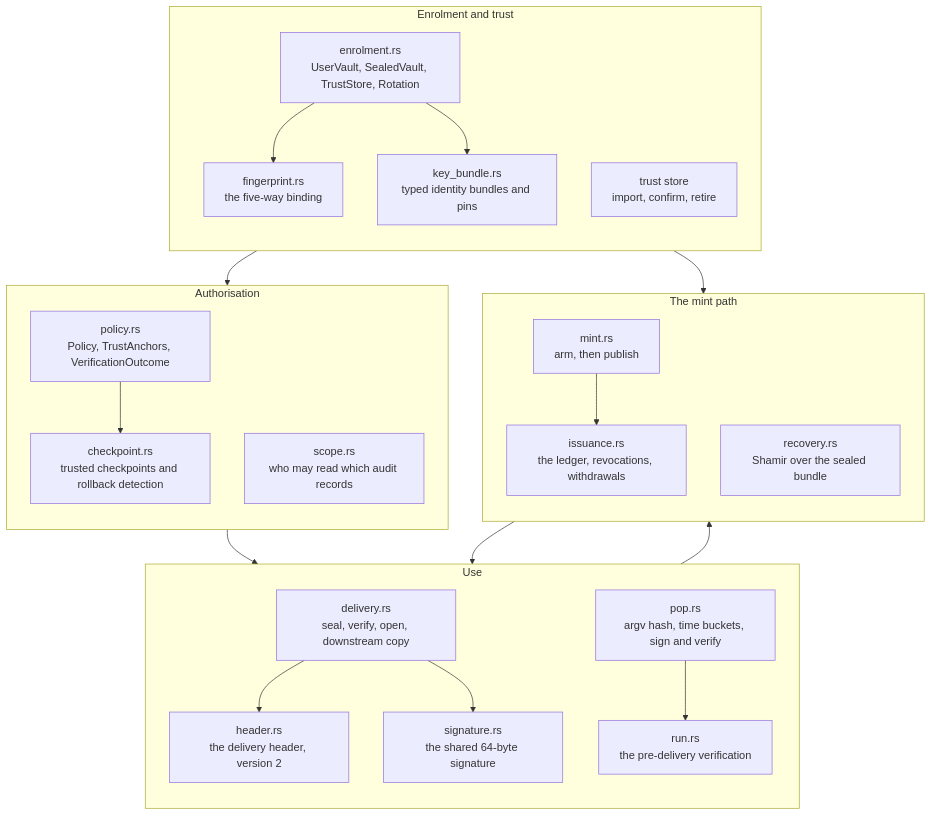
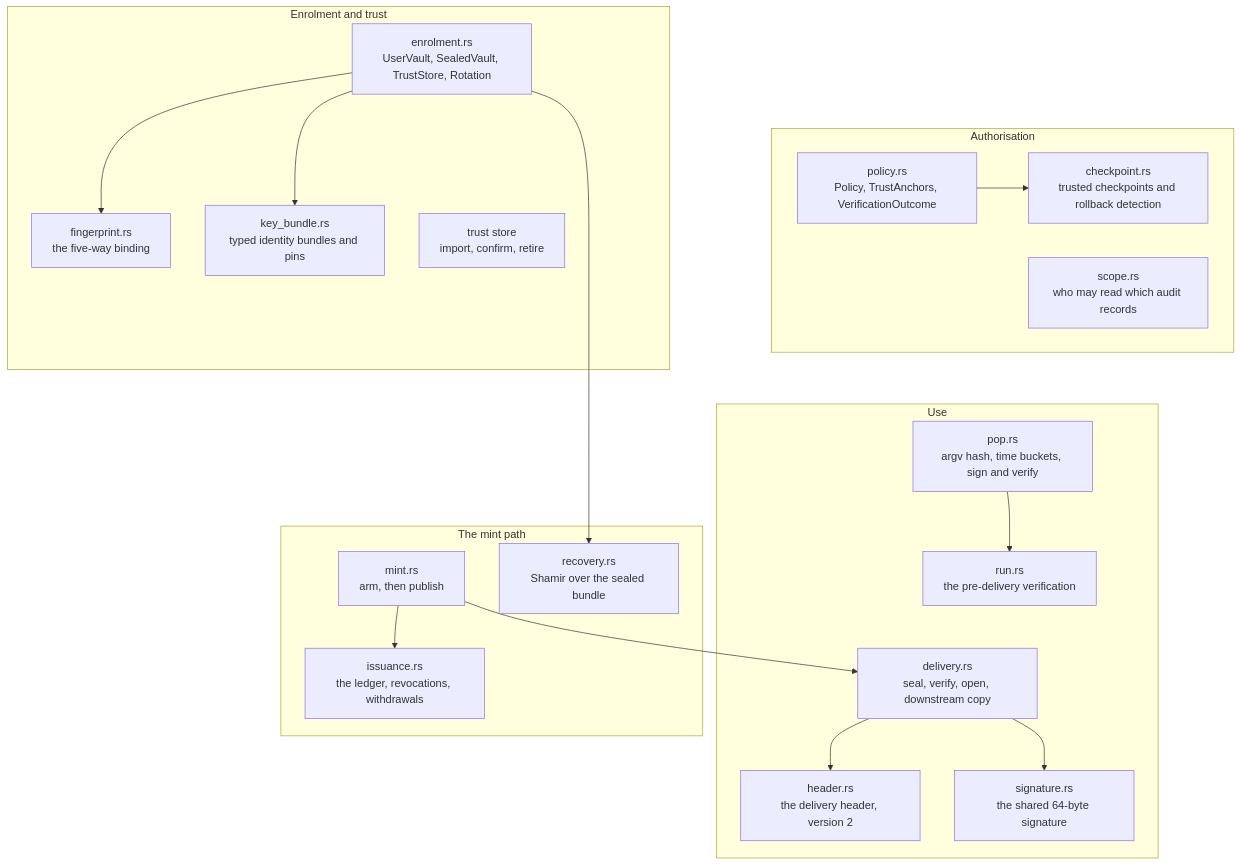
Before and after one commit to bruj0/keyspout: the first of 10 diagrams in site/docs/components/ksp-identity.md, drawn with Mermaid. The commit also changed other lines of this file and 20 other files, not shown here.

First line of the commit message:
feat(site): pan and zoom the diagrams, and stack them by measurement

````diff
--- a/site/docs/components/ksp-identity.md
+++ b/site/docs/components/ksp-identity.md
@@ -33,46 +33,42 @@
 ```mermaid
 graph TB
   subgraph Enrol["Enrolment and trust"]
-      direction TB
     ENROL["enrolment.rs<br/>UserVault, SealedVault, TrustStore, Rotation"]
     FP["fingerprint.rs<br/>the five-way binding"]
     KB["key_bundle.rs<br/>typed identity bundles and pins"]
     TRUST["trust store<br/>import, confirm, retire"]
   end
 
   subgraph Auth["Authorisation"]
-      direction TB
     POLICY["policy.rs<br/>Policy, TrustAnchors, VerificationOutcome"]
     CKPT["checkpoint.rs<br/>trusted checkpoints and rollback detection"]
     SCOPE["scope.rs<br/>who may read which audit records"]
   end
 
   subgraph Use["Use"]
-      direction TB
     POP["pop.rs<br/>argv hash, time buckets, sign and verify"]
     DELIV["delivery.rs<br/>seal, verify, open, downstream copy"]
     HDR["header.rs<br/>the delivery header, version 2"]
     SIG["signature.rs<br/>the shared 64-byte signature"]
     RUN["run.rs<br/>the pre-delivery verification"]
   end
 
   subgraph Mint["The mint path"]
-      direction TB
     MINT["mint.rs<br/>arm, then publish"]
     ISSU["issuance.rs<br/>the ledger, revocations, withdrawals"]
     REC["recovery.rs<br/>Shamir over the sealed bundle"]
   end
 
   ENROL --> FP
   ENROL --> KB
   ENROL --> REC
   POLICY --> CKPT
   MINT --> ISSU
   MINT --> DELIV
   DELIV --> HDR
   DELIV --> SIG
   POP --> RUN
-  Enrol --> Auth
-  Auth --> Use
-  Use --> Mint
+  Enrol ~~~ Auth
+  Auth ~~~ Use
+  Use ~~~ Mint
 ```
````
